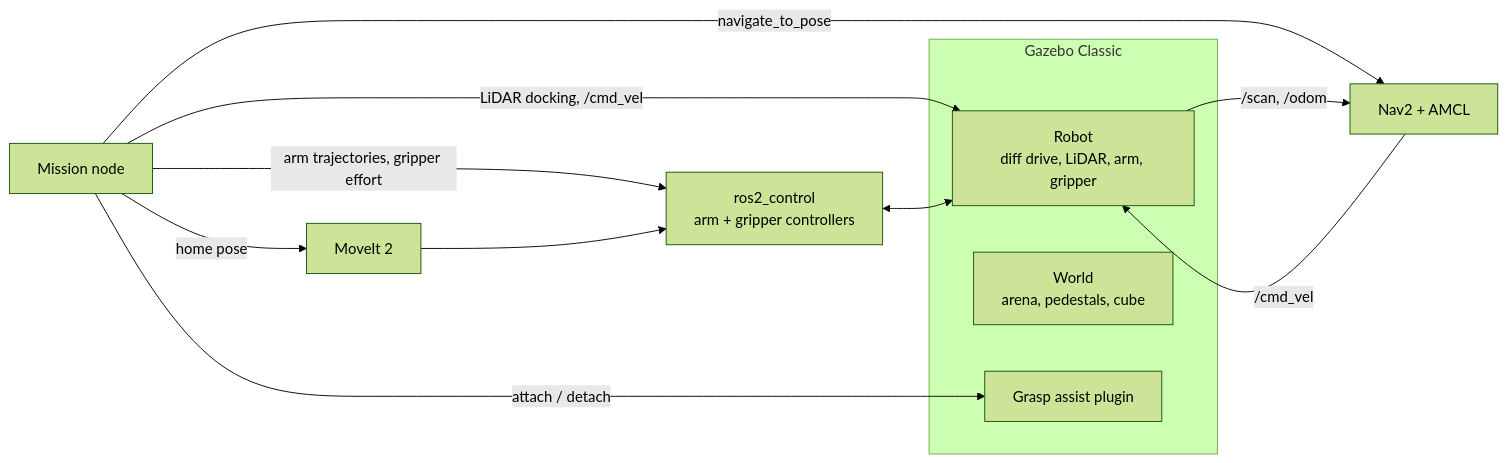
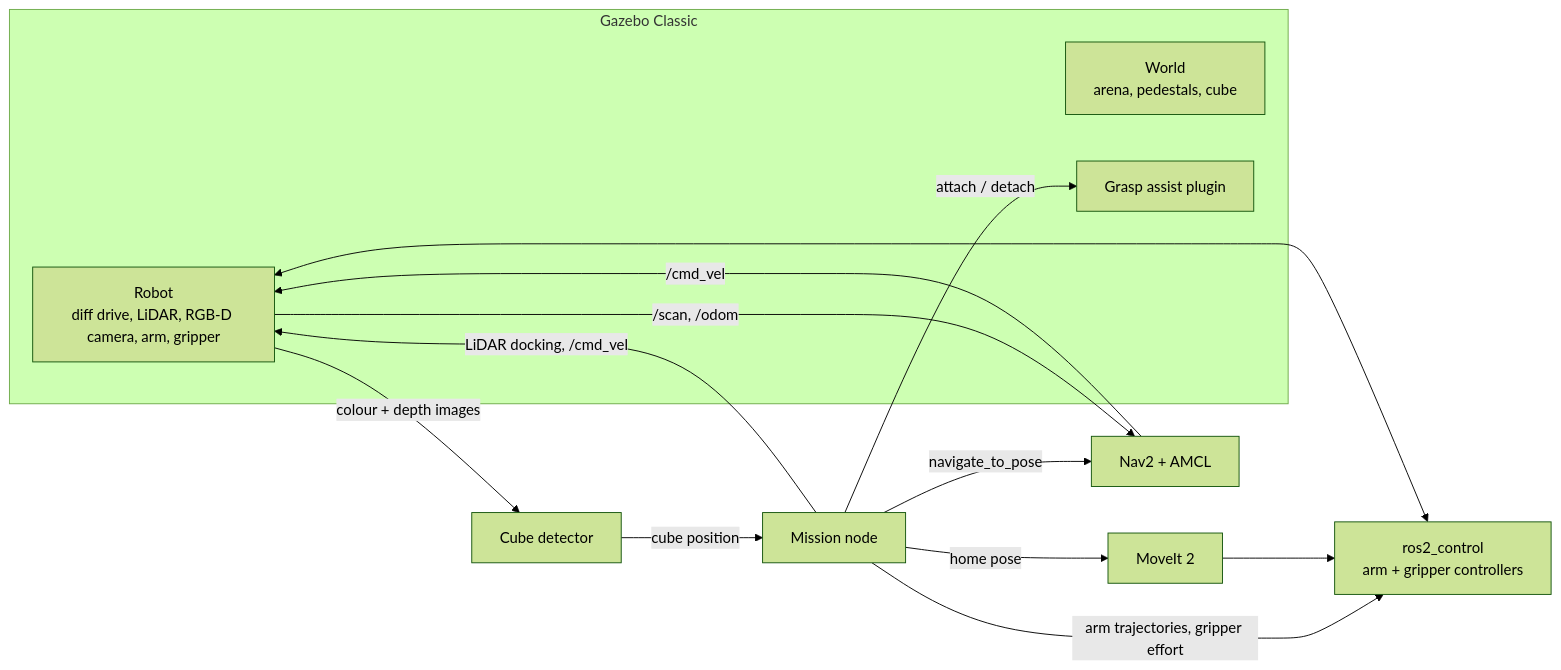
Before and after one commit to turtleshelp/mobile-robot-with-arm: the diagram in README.md, drawn with Mermaid (forest theme). The commit also changed other lines of this file and 12 other files, not shown here.

First line of the commit message:
Add RGB-D camera and cube detection

````diff
--- a/README.md
+++ b/README.md
@@ -27,22 +28,25 @@
 ```mermaid
 flowchart LR
     subgraph sim [Gazebo Classic]
-        robot[Robot<br/>diff drive, LiDAR, arm, gripper]
+        robot[Robot<br/>diff drive, LiDAR, RGB-D camera, arm, gripper]
         world[World<br/>arena, pedestals, cube]
         assist[Grasp assist plugin]
     end
 
     control[ros2_control<br/>arm + gripper controllers]
     nav[Nav2 + AMCL]
     moveit[MoveIt 2]
     mission[Mission node]
+    detector[Cube detector]
 
     robot -- /scan, /odom --> nav
     nav -- /cmd_vel --> robot
+    robot -- colour + depth images --> detector
+    detector -- cube position --> mission
     control <--> robot
     mission -- navigate_to_pose --> nav
     mission -- LiDAR docking, /cmd_vel --> robot
     mission -- arm trajectories, gripper effort --> control
     mission -- home pose --> moveit --> control
     mission -- attach / detach --> assist
 ```
````
